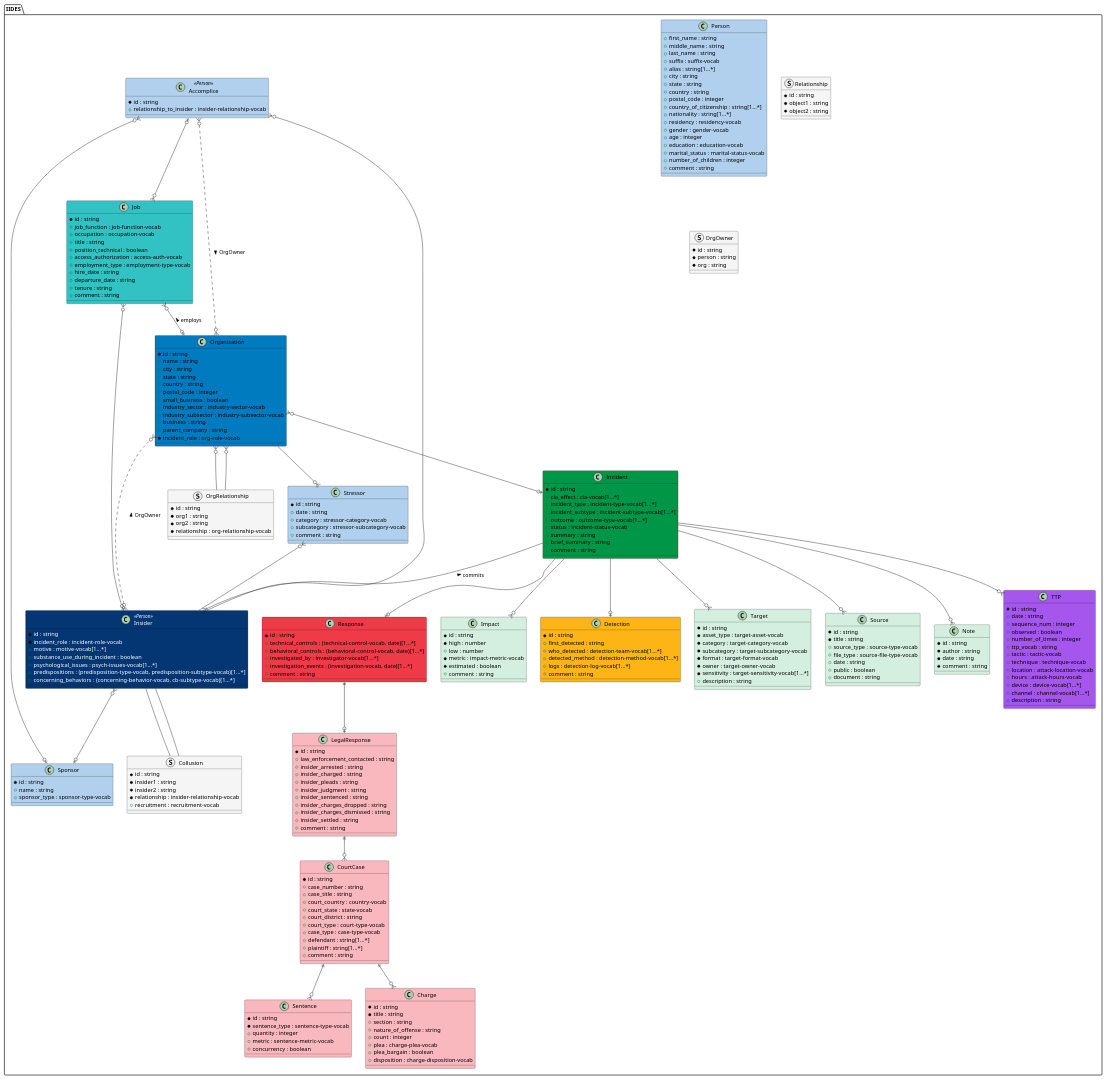
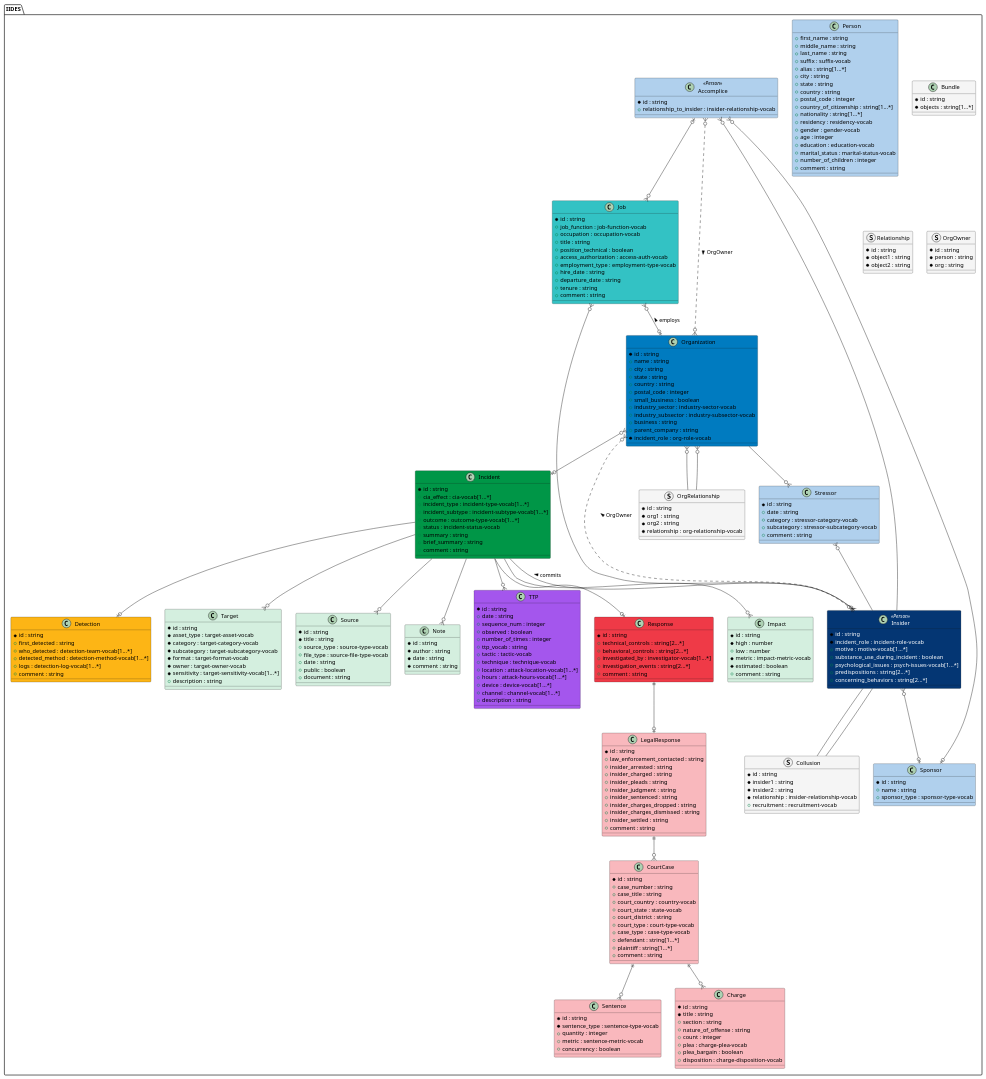
Before and after one commit to cmu-sei/iides: the diagram in UML/source/iides.wsd, drawn with PlantUML. The commit also changed 6 other files, not shown here.

```diff
--- a/UML/source/iides.wsd
+++ b/UML/source/iides.wsd
@@ -87,6 +87,10 @@
 	* date : string 
 	* comment : string 
 }
+class Bundle #F5F5F5 {
+	* id : string 
+	* objects : string[1...*] 
+}
 class Sentence #f9b8bd {
 	* id : string 
 	* sentence_type : sentence-type-vocab 
@@ -103,8 +107,8 @@
 	+ ttp_vocab : string 
 	+ tactic : tactic-vocab 
 	+ technique : technique-vocab 
-	+ location : attack-location-vocab 
-	+ hours : attack-hours-vocab 
+	+ location : attack-location-vocab[1...*] 
+	+ hours : attack-hours-vocab[1...*] 
 	+ device : device-vocab[1...*] 
 	+ channel : channel-vocab[1...*] 
 	+ description : string 
@@ -173,15 +177,15 @@
 	+ motive : motive-vocab[1...*] 
 	+ substance_use_during_incident : boolean 
 	+ psychological_issues : psych-issues-vocab[1...*] 
-	+ predispositions : ({field} predisposition-type-vocab, predisposition-subtype-vocab)[1...*] 
-	+ concerning_behaviors : ({field} concerning-behavior-vocab, cb-subtype-vocab)[1...*] 
+	+ predispositions : string[2...*] 
+	+ concerning_behaviors : string[2...*] 
 }
 class Response #EF3A47 {
 	* id : string 
-	+ technical_controls : ({field} technical-control-vocab, date)[1...*] 
-	+ behavioral_controls : ({field} behavioral-control-vocab, date)[1...*] 
+	+ technical_controls : string[2...*] 
+	+ behavioral_controls : string[2...*] 
 	+ investigated_by : investigator-vocab[1...*] 
-	+ investigation_events : ({field} investigation-vocab, date)[1...*] 
+	+ investigation_events : string[2...*] 
 	+ comment : string 
 }
 class Detection #FDB515 {
```
